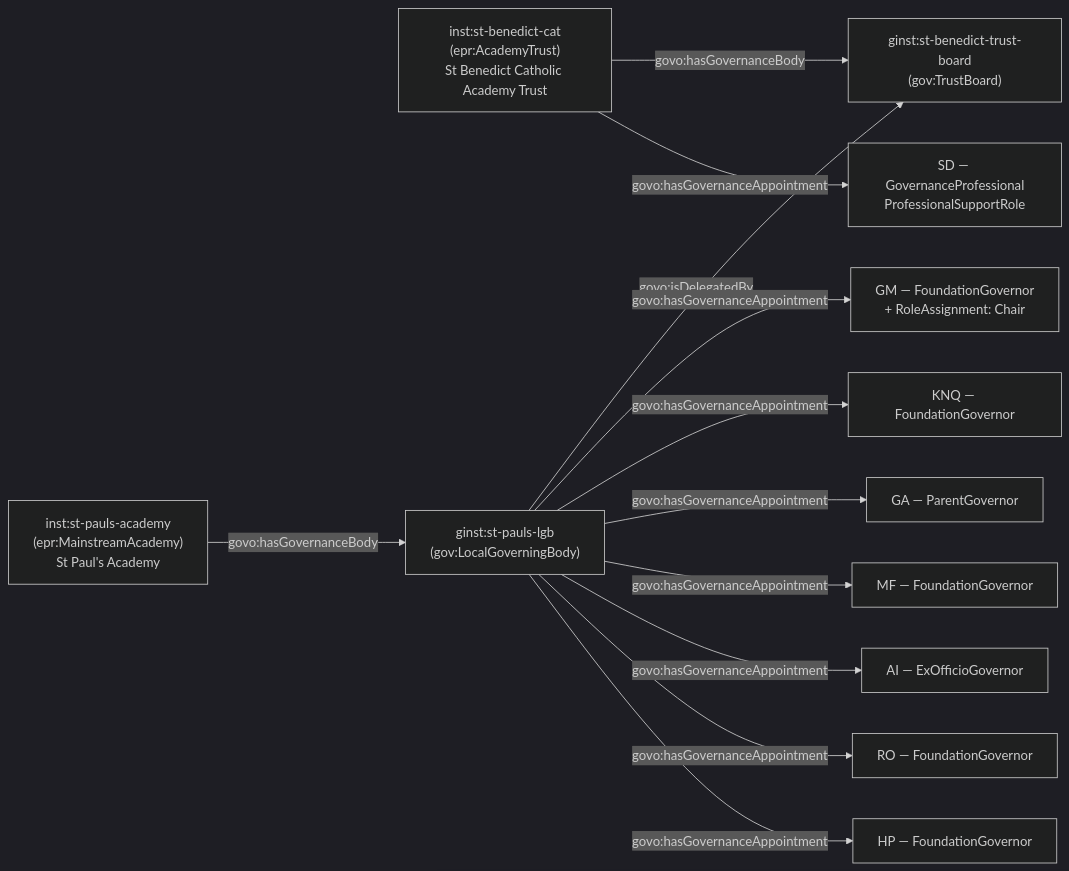
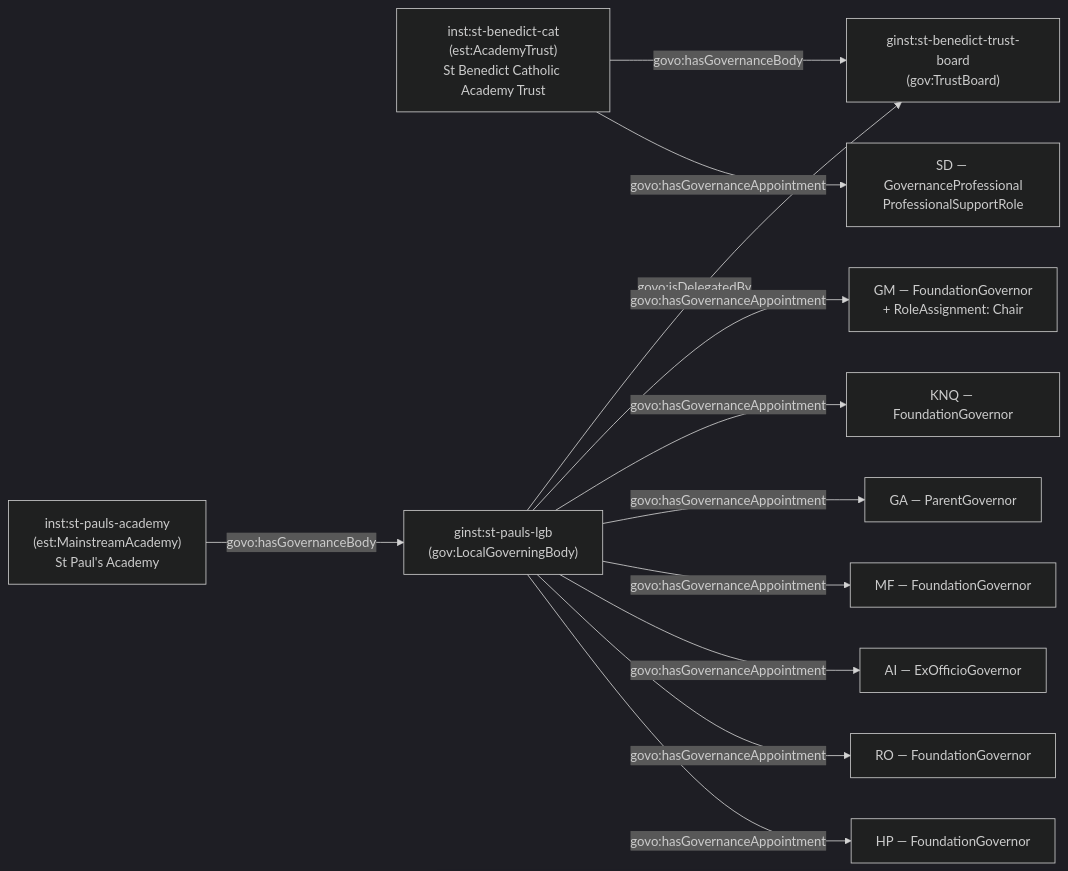
Before and after one commit to DFE-Digital/education-provider-registry-docs: the second of 2 diagrams in docs-site/content/models/governance/worked-examples/st-pauls/index.md, drawn with Mermaid (dark theme). The commit also changed other lines of this file and 42 other files, not shown here.

````diff
--- a/docs-site/content/models/governance/worked-examples/st-pauls/index.md
+++ b/docs-site/content/models/governance/worked-examples/st-pauls/index.md
@@ -79,21 +79,21 @@
 ```mermaid
 flowchart LR
-    AT["inst:st-benedict-cat<br/>(epr:AcademyTrust)<br/>St Benedict Catholic Academy Trust"]
-    A["inst:st-pauls-academy<br/>(epr:MainstreamAcademy)<br/>St Paul's Academy"]
+    AT["inst:st-benedict-cat<br/>(est:AcademyTrust)<br/>St Benedict Catholic Academy Trust"]
+    A["inst:st-pauls-academy<br/>(est:MainstreamAcademy)<br/>St Paul's Academy"]
     TB["ginst:st-benedict-trust-board<br/>(gov:TrustBoard)"]
     LGB["ginst:st-pauls-lgb<br/>(gov:LocalGoverningBody)"]
 
     AT -->|govo:hasGovernanceBody| TB
     LGB -->|govo:isDelegatedBy| TB
     A -->|govo:hasGovernanceBody| LGB
 
     LGB -->|govo:hasGovernanceAppointment| G1["GM — FoundationGovernor<br/>+ RoleAssignment: Chair"]
     LGB -->|govo:hasGovernanceAppointment| G2["KNQ — FoundationGovernor"]
     LGB -->|govo:hasGovernanceAppointment| G3["GA — ParentGovernor"]
     LGB -->|govo:hasGovernanceAppointment| G4["MF — FoundationGovernor"]
     LGB -->|govo:hasGovernanceAppointment| G5["AI — ExOfficioGovernor"]
     LGB -->|govo:hasGovernanceAppointment| G6["RO — FoundationGovernor"]
     LGB -->|govo:hasGovernanceAppointment| G7["HP — FoundationGovernor"]
 
     AT -->|govo:hasGovernanceAppointment| P1["SD — GovernanceProfessional<br/>ProfessionalSupportRole"]
 ```
````
